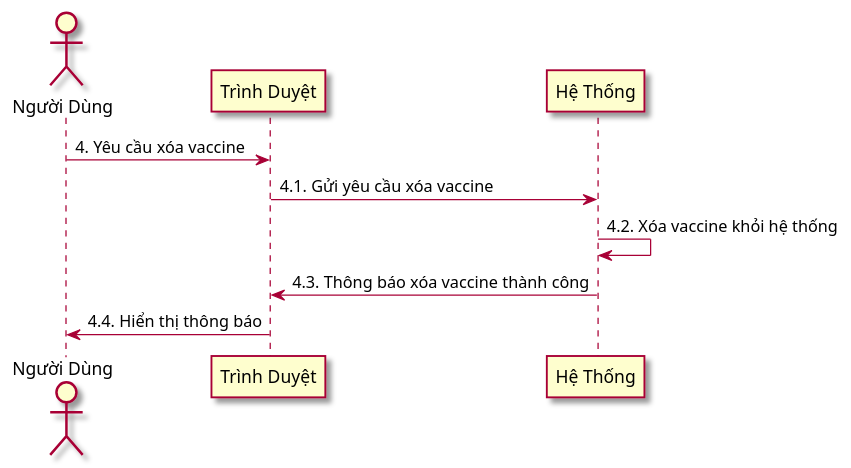
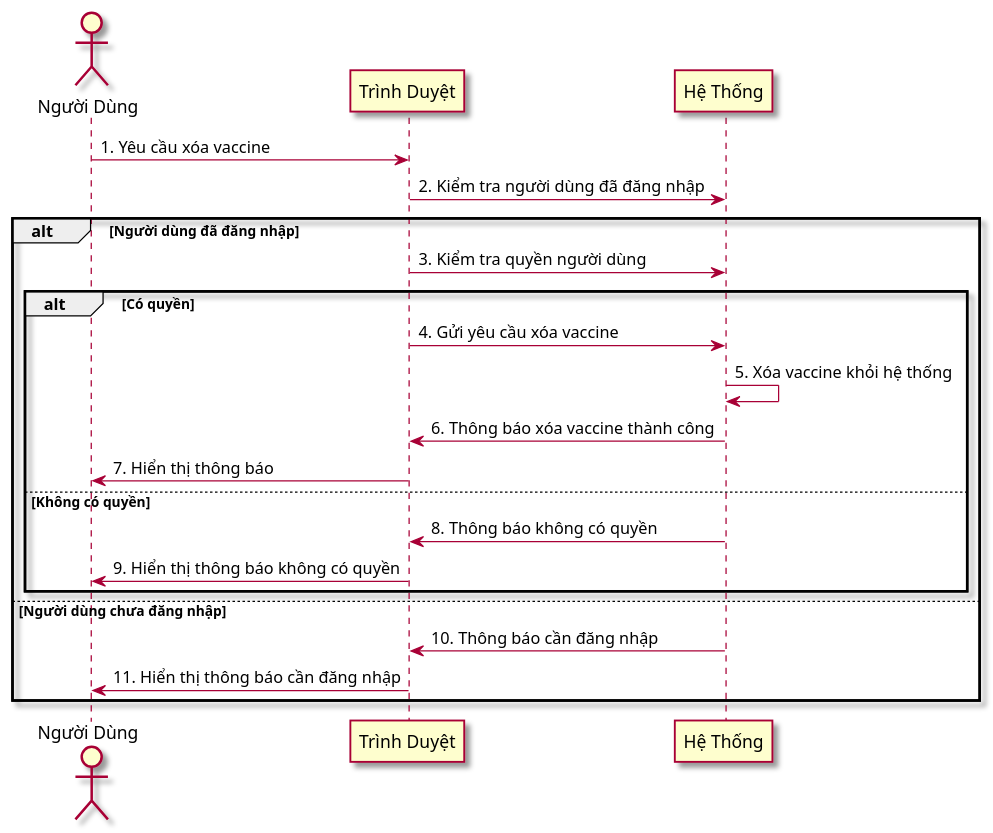
One commit to t-pk/covid-gis-vn changed the diagram in diagram/sequence/2/2_4.puml. Above: the diagram before and after it, drawn with PlantUML. The commit also changed 16 other files, not shown here.

Commit message:
update sequence diagram

```diff
--- a/diagram/sequence/2/2_4.puml
+++ b/diagram/sequence/2/2_4.puml
@@ -1,13 +1,26 @@
-@startuml
+@startuml "delete vaccine"
 
 skin rose
 actor "Người Dùng" as User
 participant "Trình Duyệt" as Browser
 participant "Hệ Thống" as Server
 
-User -> Browser: 4. Yêu cầu xóa vaccine
-Browser -> Server: 4.1. Gửi yêu cầu xóa vaccine
-Server -> Server: 4.2. Xóa vaccine khỏi hệ thống
-Server -> Browser: 4.3. Thông báo xóa vaccine thành công
-Browser -> User: 4.4. Hiển thị thông báo
+User -> Browser: 1. Yêu cầu xóa vaccine
+Browser -> Server: 2. Kiểm tra người dùng đã đăng nhập
+alt Người dùng đã đăng nhập
+    Browser -> Server: 3. Kiểm tra quyền người dùng
+    alt Có quyền
+        Browser -> Server: 4. Gửi yêu cầu xóa vaccine
+        Server -> Server: 5. Xóa vaccine khỏi hệ thống
+        Server -> Browser: 6. Thông báo xóa vaccine thành công
+        Browser -> User: 7. Hiển thị thông báo
+    else Không có quyền
+        Server -> Browser: 8. Thông báo không có quyền
+        Browser -> User: 9. Hiển thị thông báo không có quyền
+    end
+else Người dùng chưa đăng nhập
+    Server -> Browser: 10. Thông báo cần đăng nhập
+    Browser -> User: 11. Hiển thị thông báo cần đăng nhập
+end
+
 @enduml
```
